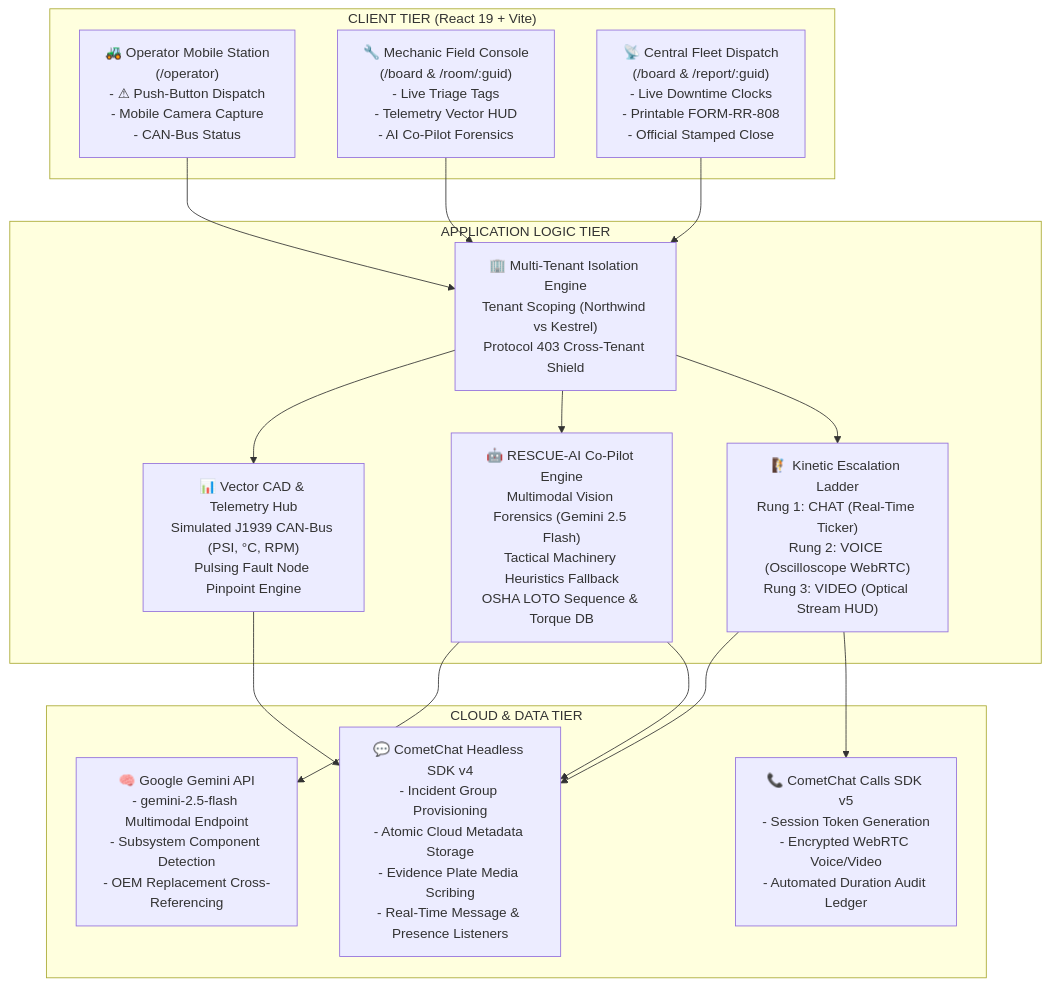
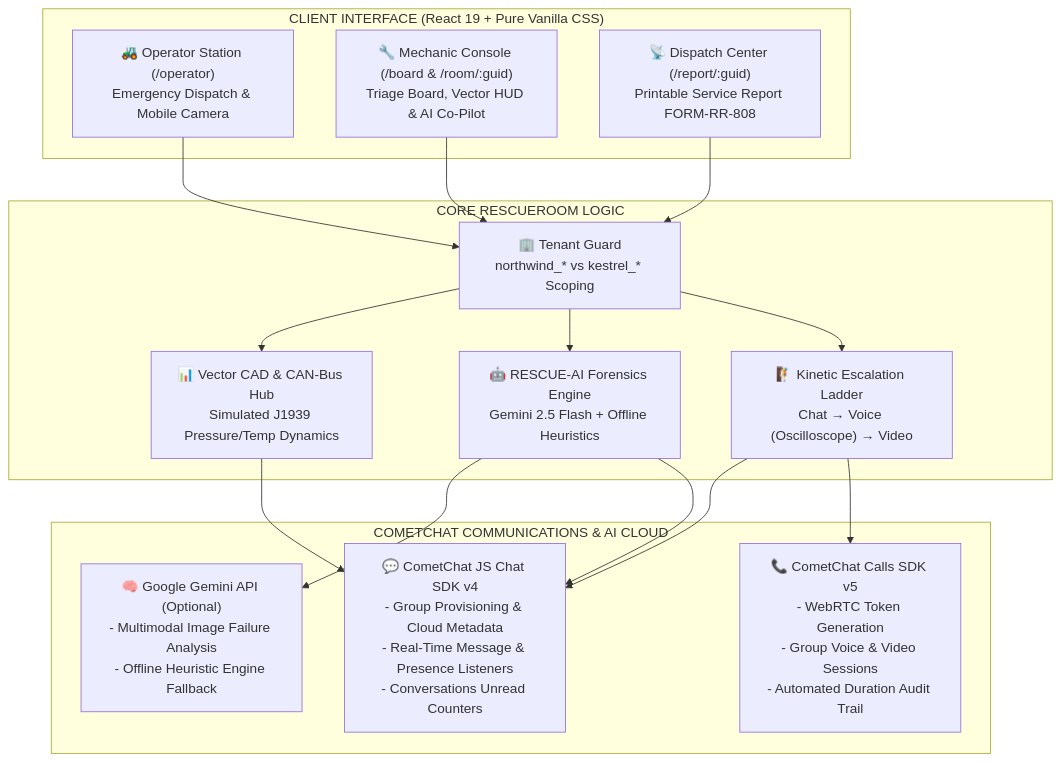
One commit to Neerav02/RescueRoom changed the first of 2 diagrams in README.md. Above: the diagram before and after it, drawn with Mermaid. The commit also changed other lines of this file and 3 other files, not shown here.

Commit message:
docs: overhaul README for Zero to Chat, sanitize credentials, add MIT LICENSE and package metadata

````diff
--- a/README.md
+++ b/README.md
@@ -48,35 +90,35 @@
 ```mermaid
 graph TD
-    subgraph "CLIENT TIER (React 19 + Vite)"
-        OP["🚜 Operator Mobile Station<br/>(/operator)<br/>- ⚠ Push-Button Dispatch<br/>- Mobile Camera Capture<br/>- CAN-Bus Status"]
-        TECH["🔧 Mechanic Field Console<br/>(/board & /room/:guid)<br/>- Live Triage Tags<br/>- Telemetry Vector HUD<br/>- AI Co-Pilot Forensics"]
-        DISP["📡 Central Fleet Dispatch<br/>(/board & /report/:guid)<br/>- Live Downtime Clocks<br/>- Printable FORM-RR-808<br/>- Official Stamped Close"]
+    subgraph "CLIENT INTERFACE (React 19 + Pure Vanilla CSS)"
+        OP["🚜 Operator Station (/operator)<br/>Emergency Dispatch & Mobile Camera"]
+        MECH["🔧 Mechanic Console (/board & /room/:guid)<br/>Triage Board, Vector HUD & AI Co-Pilot"]
+        DISP["📡 Dispatch Center (/report/:guid)<br/>Printable Service Report FORM-RR-808"]
     end
 
-    subgraph "APPLICATION LOGIC TIER"
-        AUTH["🏢 Multi-Tenant Isolation Engine<br/>Tenant Scoping (Northwind vs Kestrel)<br/>Protocol 403 Cross-Tenant Shield"]
-        HUD["📊 Vector CAD & Telemetry Hub<br/>Simulated J1939 CAN-Bus (PSI, °C, RPM)<br/>Pulsing Fault Node Pinpoint Engine"]
-        AI["🤖 RESCUE-AI Co-Pilot Engine<br/>Multimodal Vision Forensics (Gemini 2.5 Flash)<br/>Tactical Machinery Heuristics Fallback<br/>OSHA LOTO Sequence & Torque DB"]
-        LADDER["🧗 Kinetic Escalation Ladder<br/>Rung 1: CHAT (Real-Time Ticker)<br/>Rung 2: VOICE (Oscilloscope WebRTC)<br/>Rung 3: VIDEO (Optical Stream HUD)"]
+    subgraph "CORE RESCUEROOM LOGIC"
+        TENANT["🏢 Tenant Guard<br/>northwind_* vs kestrel_* Scoping"]
+        HUD["📊 Vector CAD & CAN-Bus Hub<br/>Simulated J1939 Pressure/Temp Dynamics"]
+        AI["🤖 RESCUE-AI Forensics Engine<br/>Gemini 2.5 Flash + Offline Heuristics"]
+        LADDER["🧗 Kinetic Escalation Ladder<br/>Chat → Voice (Oscilloscope) → Video"]
     end
 
-    subgraph "CLOUD & DATA TIER"
-        CC_CHAT["💬 CometChat Headless SDK v4<br/>- Incident Group Provisioning<br/>- Atomic Cloud Metadata Storage<br/>- Evidence Plate Media Scribing<br/>- Real-Time Message & Presence Listeners"]
-        CC_CALL["📞 CometChat Calls SDK v5<br/>- Session Token Generation<br/>- Encrypted WebRTC Voice/Video<br/>- Automated Duration Audit Ledger"]
-        GEMINI["🧠 Google Gemini API<br/>- gemini-2.5-flash Multimodal Endpoint<br/>- Subsystem Component Detection<br/>- OEM Replacement Cross-Referencing"]
+    subgraph "COMETCHAT COMMUNICATIONS & AI CLOUD"
+        CHAT_SDK["💬 CometChat JS Chat SDK v4<br/>- Group Provisioning & Cloud Metadata<br/>- Real-Time Message & Presence Listeners<br/>- Conversations Unread Counters"]
+        CALL_SDK["📞 CometChat Calls SDK v5<br/>- WebRTC Token Generation<br/>- Group Voice & Video Sessions<br/>- Automated Duration Audit Trail"]
+        GEMINI_API["🧠 Google Gemini API (Optional)<br/>- Multimodal Image Failure Analysis<br/>- Offline Heuristic Engine Fallback"]
     end
 
-    OP --> AUTH
-    TECH --> AUTH
-    DISP --> AUTH
+    OP --> TENANT
+    MECH --> TENANT
+    DISP --> TENANT
 
-    AUTH --> HUD
-    AUTH --> AI
-    AUTH --> LADDER
+    TENANT --> HUD
+    TENANT --> AI
+    TENANT --> LADDER
 
-    LADDER --> CC_CHAT
-    LADDER --> CC_CALL
-    HUD --> CC_CHAT
-    AI --> GEMINI
-    AI --> CC_CHAT
+    LADDER --> CHAT_SDK
+    LADDER --> CALL_SDK
+    AI --> GEMINI_API
+    AI --> CHAT_SDK
+    HUD --> CHAT_SDK
 ```
````
